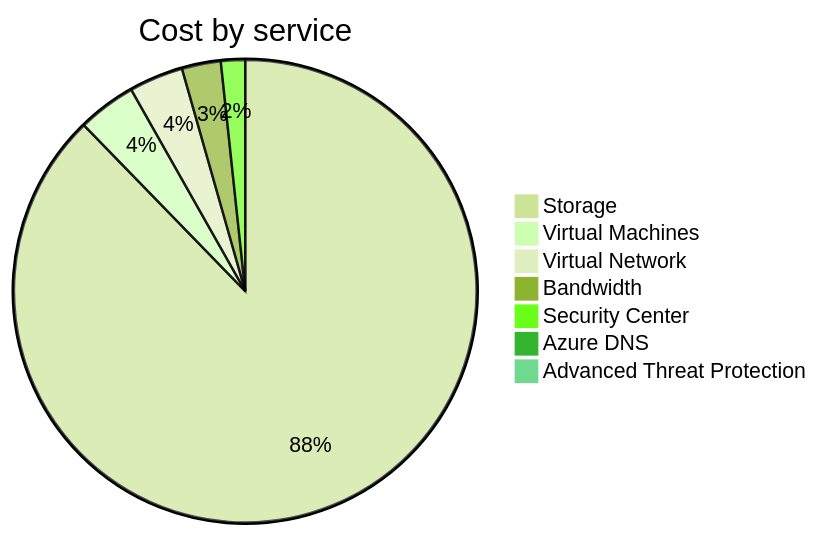
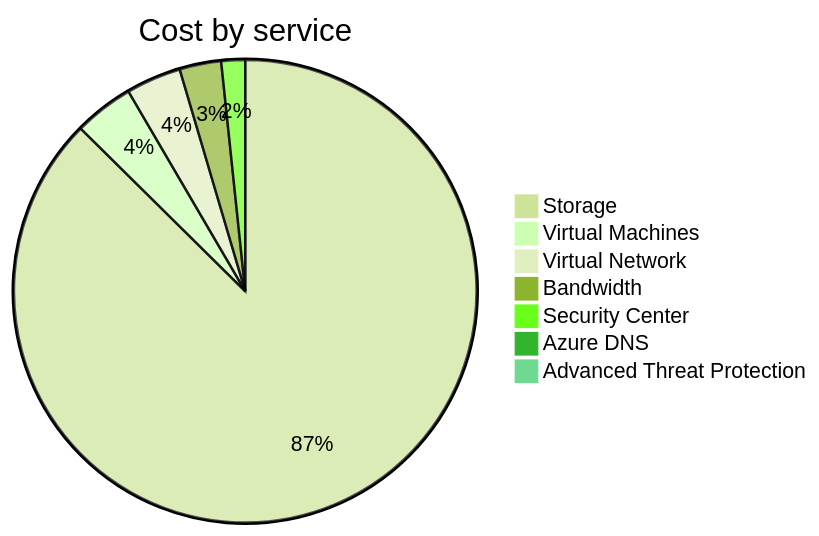
One commit to jpfulton/azure-personal-reports changed the second of 4 diagrams in cost-reports/personal-network/README.md. Above: the diagram before and after it, drawn with Mermaid (forest theme). The commit also changed other lines of this file and 9 other files, not shown here.

````diff
--- a/cost-reports/personal-network/README.md
+++ b/cost-reports/personal-network/README.md
@@ -99,11 +99,11 @@
 ```mermaid
 pie
    title Cost by service
-   "Storage" : 191.92
-   "Virtual Machines" : 8.92
-   "Virtual Network" : 8.29
-   "Bandwidth" : 5.94
+   "Storage" : 194.24
+   "Virtual Machines" : 9.28
+   "Virtual Network" : 8.55
+   "Bandwidth" : 6.46
    "Security Center" : 3.70
-   "Azure DNS" : 0.39
+   "Azure DNS" : 0.40
    "Advanced Threat Protection" : 0.00
 ```
````
